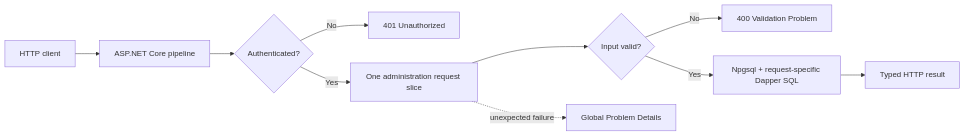
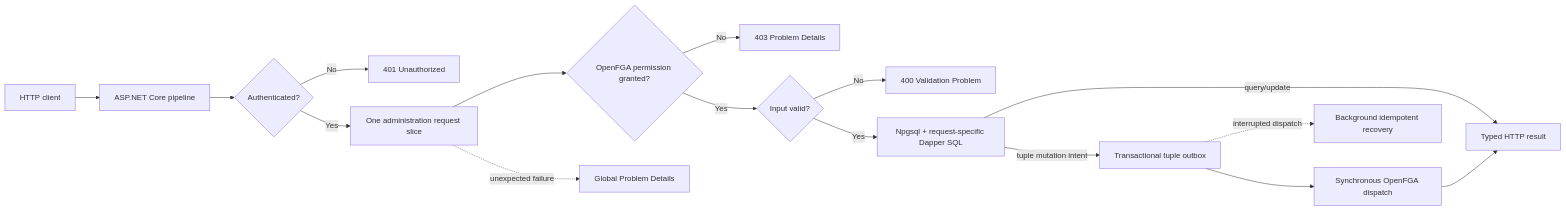
Before and after one commit to therissole/symphony-test-1: the diagram in docs/architecture.mdx, drawn with Mermaid. The commit also changed other lines of this file and 67 other files, not shown here.

Commit message:
Complete OpenFGA authorization and ATDD coverage

````diff
--- a/docs/architecture.mdx
+++ b/docs/architecture.mdx
@@ -39,12 +39,18 @@
 ```mermaid
 flowchart LR
     Client["HTTP client"] --> Pipeline["ASP.NET Core pipeline"]
     Pipeline --> Authentication{"Authenticated?"}
     Authentication -->|No| Unauthorized["401 Unauthorized"]
     Authentication -->|Yes| Slice["One administration request slice"]
-    Slice --> Validation{"Input valid?"}
+    Slice --> Authorization{"OpenFGA permission granted?"}
+    Authorization -->|No| Forbidden["403 Problem Details"]
+    Authorization -->|Yes| Validation{"Input valid?"}
     Validation -->|No| ValidationProblem["400 Validation Problem"]
     Validation -->|Yes| Database["Npgsql + request-specific Dapper SQL"]
-    Database --> Result["Typed HTTP result"]
+    Database -->|query/update| Result["Typed HTTP result"]
+    Database -->|tuple mutation intent| Outbox["Transactional tuple outbox"]
+    Outbox --> OpenFGA["Synchronous OpenFGA dispatch"]
+    OpenFGA --> Result
+    Outbox -. interrupted dispatch .-> Recovery["Background idempotent recovery"]
     Slice -. unexpected failure .-> ProblemDetails["Global Problem Details"]
 ```
````
